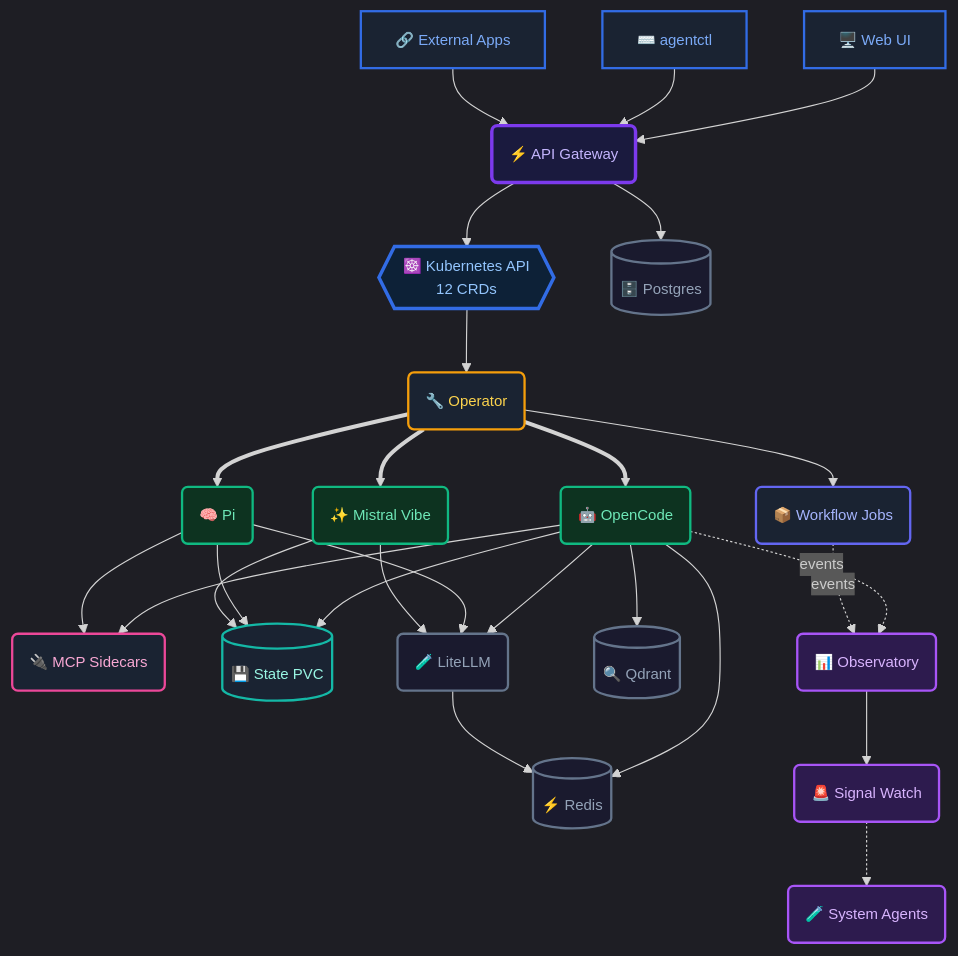
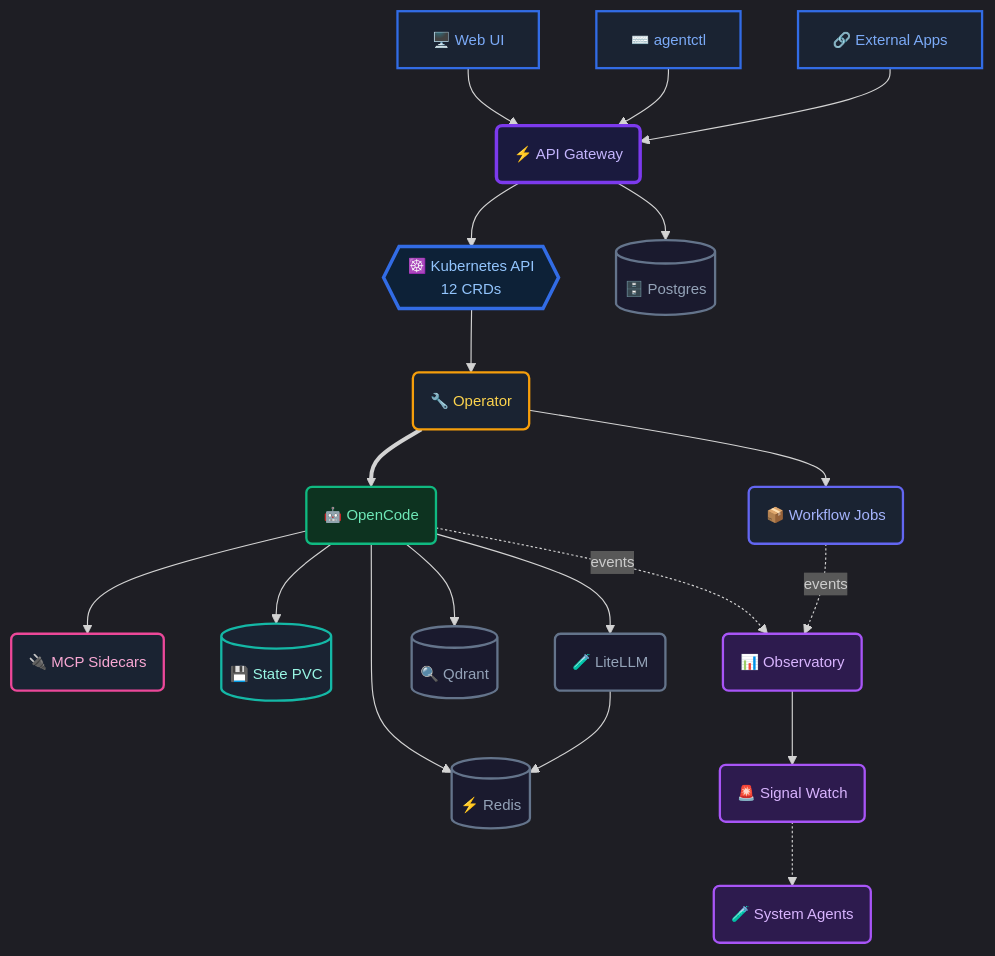
The diagram in README.md (ykbytes/kubesynapse.ai), drawn with Mermaid before and after one commit. The commit also changed other lines of this file and 18 other files, not shown here.

````diff
--- a/README.md
+++ b/README.md
@@ -205,68 +205,59 @@
 ```mermaid
 %%{init: {'theme': 'dark', 'themeVariables': { 'fontSize': '13px' }}}%%
 flowchart TB
     UI["🖥️ Web UI"]:::c
     CLI["⌨️ agentctl"]:::c
     EXT["🔗 External Apps"]:::c
 
     GW("⚡ API Gateway"):::g
 
     K8S{{"☸️ Kubernetes API
     12 CRDs"}}:::k
 
     OP("🔧 Operator"):::o
 
     OC("🤖 OpenCode"):::r
-    PI("🧠 Pi"):::r
-    VIBE("✨ Mistral Vibe"):::r
     JOB("📦 Workflow Jobs"):::w
 
     MCP("🔌 MCP Sidecars"):::s
     PVC[("💾 State PVC")]:::d
 
     LLM("🧪 LiteLLM"):::h
     PG[("🗄️ Postgres")]:::h
     REDIS[("⚡ Redis")]:::h
     QDRANT[("🔍 Qdrant")]:::h
 
     TRACE("📊 Observatory"):::i
     SIGNAL("🚨 Signal Watch"):::i
     SYS("🧪 System Agents"):::i
 
     UI --> GW
     CLI --> GW
     EXT --> GW
     GW --> K8S
     GW --> PG
     K8S --> OP
     OP ==> OC
-    OP ==> PI
-    OP ==> VIBE
     OP --> JOB
     OC --> MCP
     OC --> PVC
     OC --> LLM
     OC --> REDIS
     OC --> QDRANT
-    PI --> MCP
-    PI --> PVC
-    PI --> LLM
-    VIBE --> PVC
-    VIBE --> LLM
     LLM --> REDIS
     OC -. "events" .-> TRACE
     JOB -. "events" .-> TRACE
     TRACE --> SIGNAL
     SIGNAL -.-> SYS
 
     classDef c fill:#1a2332,stroke:#326CE5,stroke-width:2px,color:#7baaf7
     classDef g fill:#1a1a3e,stroke:#7c3aed,stroke-width:3px,color:#c4b5fd
     classDef k fill:#0d2137,stroke:#326CE5,stroke-width:3px,color:#93c5fd
     classDef o fill:#1a2332,stroke:#f59e0b,stroke-width:2px,color:#fcd34d
     classDef r fill:#0d3320,stroke:#10b981,stroke-width:2px,color:#6ee7b7
     classDef w fill:#1a2332,stroke:#6366f1,stroke-width:2px,color:#a5b4fc
     classDef s fill:#1a2332,stroke:#ec4899,stroke-width:2px,color:#f9a8d4
     classDef d fill:#1a2332,stroke:#14b8a6,stroke-width:2px,color:#99f6e4
     classDef h fill:#1a1a2e,stroke:#64748b,stroke-width:2px,color:#94a3b8
     classDef i fill:#2d1b4e,stroke:#a855f7,stroke-width:2px,color:#d8b4fe
 ```
````
